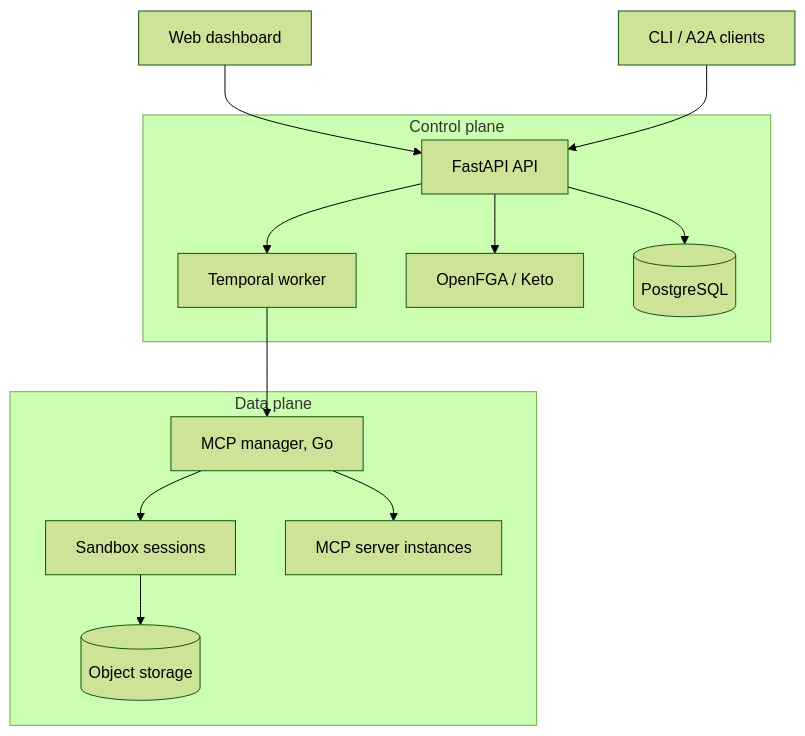
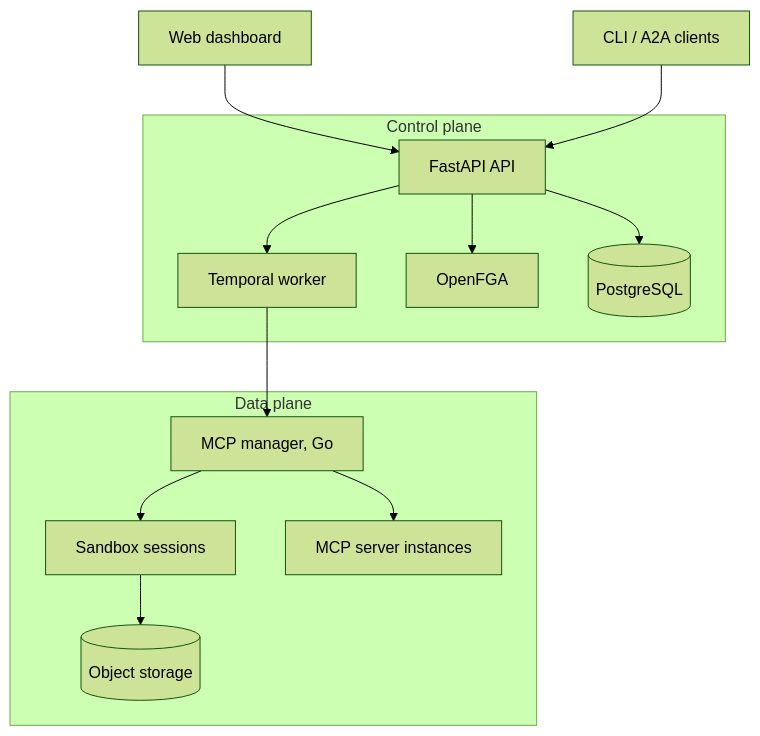
One commit to agentarea/agentarea changed the diagram in docs/index.md. Above: the diagram before and after it, drawn with Mermaid (forest theme). The commit also changed other lines of this file and 71 other files, not shown here.

First line of the commit message:
chore: remove Ory Keto; OpenFGA is the only authorization graph

````diff
--- a/docs/index.md
+++ b/docs/index.md
@@ -74,26 +74,26 @@
 ```mermaid
 graph TB
     subgraph Control["Control plane"]
         API[FastAPI API]
         WORKER[Temporal worker]
-        AUTHZ[OpenFGA / Keto]
+        AUTHZ[OpenFGA]
         PG[(PostgreSQL)]
     end
 
     subgraph Data["Data plane"]
         MGR[MCP manager, Go]
         SBX[Sandbox sessions]
         MCPI[MCP server instances]
         OBJ[(Object storage)]
     end
 
     UI[Web dashboard] --> API
     CLI[CLI / A2A clients] --> API
     API --> AUTHZ
     API --> PG
     API --> WORKER
     WORKER --> MGR
     MGR --> SBX
     MGR --> MCPI
     SBX --> OBJ
 ```
````
